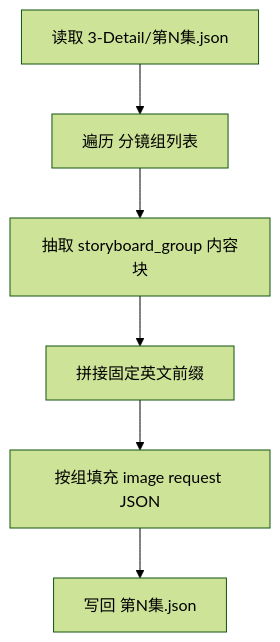
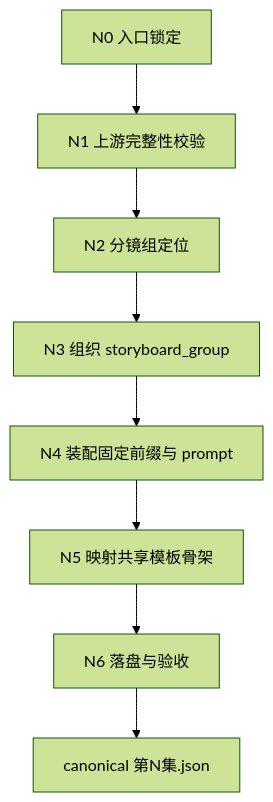
Before and after one commit to ZEN-VOID/AI-CUT: the first of 4 diagrams in .agents/skills/aigc/5-Image/1-提示词蒸馏/分镜故事板/SKILL.md, drawn with Mermaid (forest theme). The commit also changed other lines of this file and 182 other files, not shown here.

````diff
--- a/.agents/skills/aigc/5-Image/1-提示词蒸馏/分镜故事板/SKILL.md
+++ b/.agents/skills/aigc/5-Image/1-提示词蒸馏/分镜故事板/SKILL.md
@@ -71,8 +141,10 @@
 ```mermaid
 flowchart TD
-    A["读取 3-Detail/第N集.json"] --> B["遍历 分镜组列表"]
-    B --> C["抽取 storyboard_group 内容块"]
-    C --> D["拼接固定英文前缀"]
-    D --> E["按组填充 image request JSON"]
-    E --> F["写回 第N集.json"]
+    A["N0 入口锁定"] --> B["N1 上游完整性校验"]
+    B --> C["N2 分镜组定位"]
+    C --> D["N3 组织 storyboard_group"]
+    D --> E["N4 装配固定前缀与 prompt"]
+    E --> F["N5 映射共享模板骨架"]
+    F --> G["N6 落盘与验收"]
+    G --> H["canonical 第N集.json"]
 ```
````
